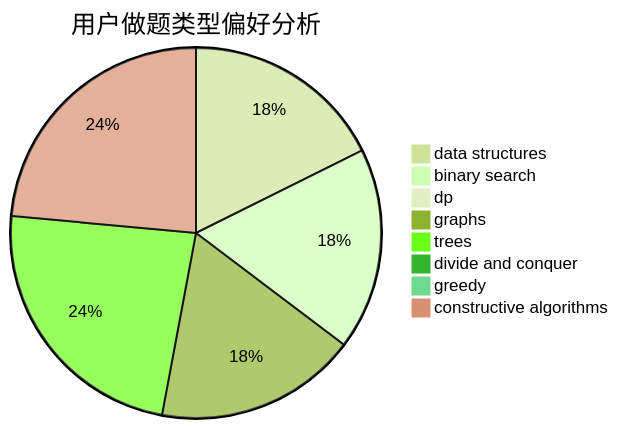
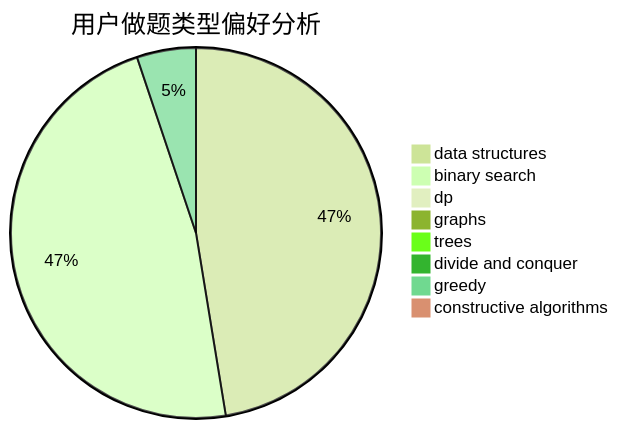
One commit to sherpahu/cfrs.github.io changed the second of 3 diagrams in docs/user/u300.md. Above: the diagram before and after it, drawn with Mermaid (forest theme). The commit also changed other lines of this file and 2770 other files, not shown here.

````diff
--- a/docs/user/u300.md
+++ b/docs/user/u300.md
@@ -23,11 +23,11 @@
 ```mermaid
 pie title 用户做题类型偏好分析
-    "data structures" :  3
-    "binary search" :  3
+    "data structures" :  46
+    "binary search" :  46
     "dp" :  0
-    "graphs" :  3
-    "trees" :  4
+    "graphs" :  0
+    "trees" :  0
     "divide and conquer" :  0
-    "greedy" :  0
-    "constructive algorithms" :  4
+    "greedy" :  5
+    "constructive algorithms" :  0
 ```
````
